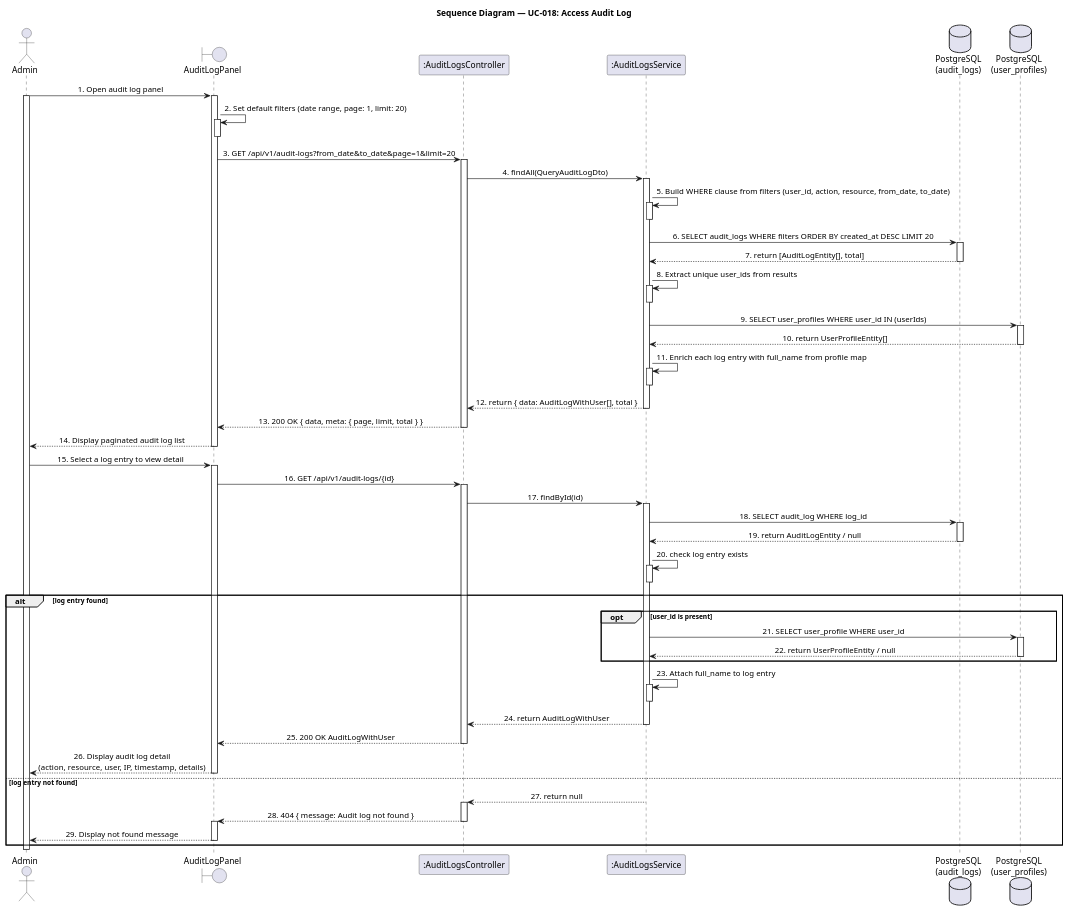
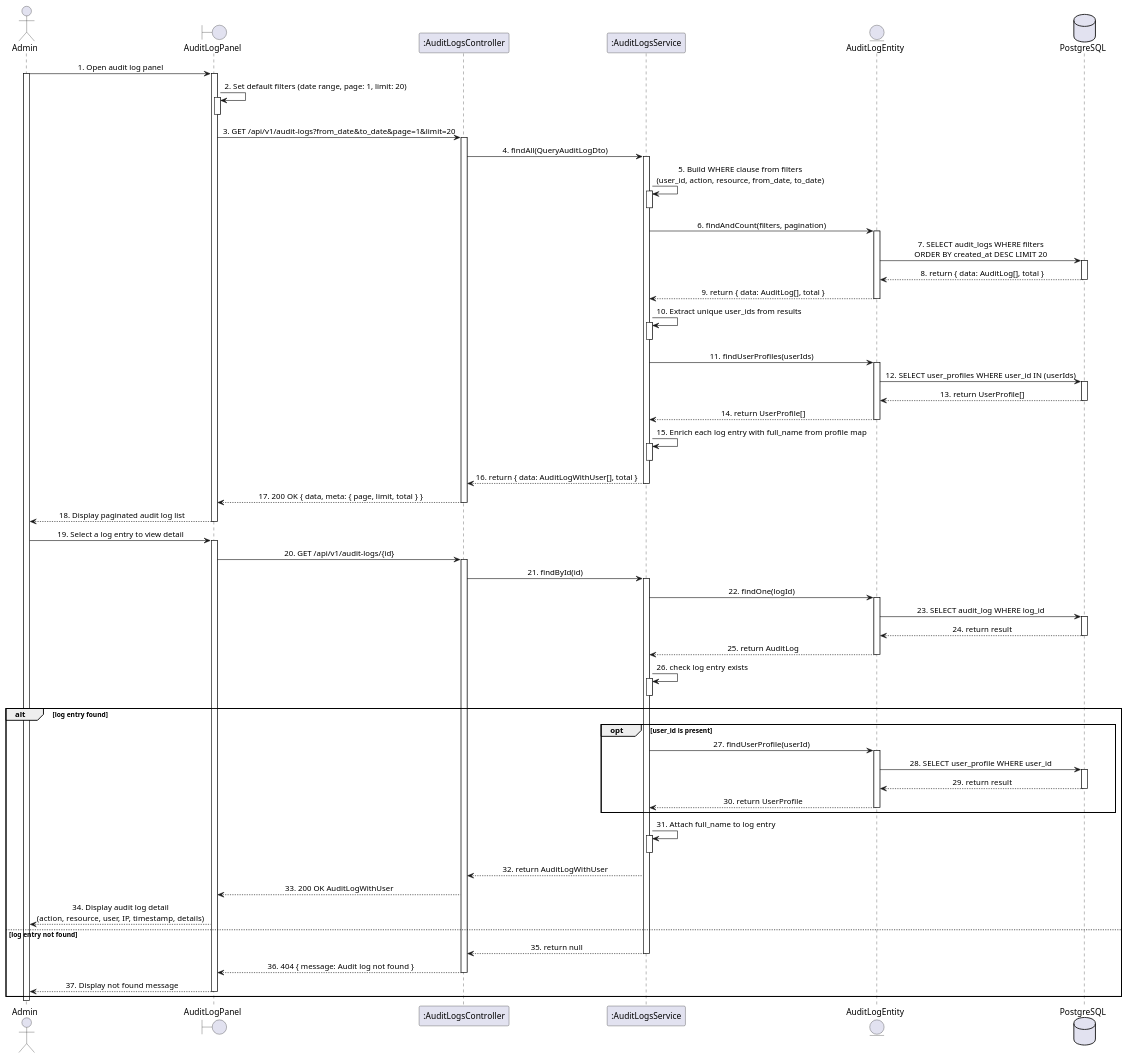
The diagram in docs/sequence-diagram/UC18_AccessAuditLog.puml (LTPPPP/Smart-Medical-Intelligent-Ledger-for-E-health-S.M.I.L.E-), drawn with PlantUML before and after one commit. The commit also changed 114 other files, not shown here.

Commit message:
feat: complete class,sequence

```diff
--- a/docs/sequence-diagram/UC18_AccessAuditLog.puml
+++ b/docs/sequence-diagram/UC18_AccessAuditLog.puml
@@ -1,109 +1,119 @@
 @startuml SequenceDiagram
 skinparam shadowing false
 skinparam sequenceMessageAlign center
-
-title Sequence Diagram — UC-018: Access Audit Log
-
 actor "Admin" as user
 boundary "AuditLogPanel" as form
 participant ":AuditLogsController" as ctrl
 participant ":AuditLogsService" as auditSvc
-database "PostgreSQL\n(audit_logs)" as auditDb
-database "PostgreSQL\n(user_profiles)" as profileDb
+entity "AuditLogEntity" as auditEntity
+database "PostgreSQL" as db
 
 user -> form : 1. Open audit log panel
 activate user
 activate form
 
 form -> form : 2. Set default filters (date range, page: 1, limit: 20)
 activate form
 deactivate form
 
 form -> ctrl : 3. GET /api/v1/audit-logs?from_date&to_date&page=1&limit=20
 activate ctrl
 
 ctrl -> auditSvc : 4. findAll(QueryAuditLogDto)
 activate auditSvc
 
-auditSvc -> auditSvc : 5. Build WHERE clause from filters (user_id, action, resource, from_date, to_date)
+auditSvc -> auditSvc : 5. Build WHERE clause from filters\n(user_id, action, resource, from_date, to_date)
 activate auditSvc
 deactivate auditSvc
 
-auditSvc -> auditDb : 6. SELECT audit_logs WHERE filters ORDER BY created_at DESC LIMIT 20
-activate auditDb
-auditDb --> auditSvc : 7. return [AuditLogEntity[], total]
-deactivate auditDb
+auditSvc -> auditEntity : 6. findAndCount(filters, pagination)
+activate auditEntity
+auditEntity -> db : 7. SELECT audit_logs WHERE filters\nORDER BY created_at DESC LIMIT 20
+activate db
+db --> auditEntity : 8. return { data: AuditLog[], total }
+deactivate db
+auditEntity --> auditSvc : 9. return { data: AuditLog[], total }
+deactivate auditEntity
 
-auditSvc -> auditSvc : 8. Extract unique user_ids from results
+auditSvc -> auditSvc : 10. Extract unique user_ids from results
 activate auditSvc
 deactivate auditSvc
 
-auditSvc -> profileDb : 9. SELECT user_profiles WHERE user_id IN (userIds)
-activate profileDb
-profileDb --> auditSvc : 10. return UserProfileEntity[]
-deactivate profileDb
+auditSvc -> auditEntity : 11. findUserProfiles(userIds)
+activate auditEntity
+auditEntity -> db : 12. SELECT user_profiles WHERE user_id IN (userIds)
+activate db
+db --> auditEntity : 13. return UserProfile[]
+deactivate db
+auditEntity --> auditSvc : 14. return UserProfile[]
+deactivate auditEntity
 
-auditSvc -> auditSvc : 11. Enrich each log entry with full_name from profile map
+auditSvc -> auditSvc : 15. Enrich each log entry with full_name from profile map
 activate auditSvc
 deactivate auditSvc
 
-auditSvc --> ctrl : 12. return { data: AuditLogWithUser[], total }
+auditSvc --> ctrl : 16. return { data: AuditLogWithUser[], total }
 deactivate auditSvc
 
-ctrl --> form : 13. 200 OK { data, meta: { page, limit, total } }
+ctrl --> form : 17. 200 OK { data, meta: { page, limit, total } }
 deactivate ctrl
 
-form --> user : 14. Display paginated audit log list
+form --> user : 18. Display paginated audit log list
 deactivate form
 
-user -> form : 15. Select a log entry to view detail
+user -> form : 19. Select a log entry to view detail
 activate form
 
-form -> ctrl : 16. GET /api/v1/audit-logs/{id}
+form -> ctrl : 20. GET /api/v1/audit-logs/{id}
 activate ctrl
 
-ctrl -> auditSvc : 17. findById(id)
+ctrl -> auditSvc : 21. findById(id)
 activate auditSvc
 
-auditSvc -> auditDb : 18. SELECT audit_log WHERE log_id
-activate auditDb
-auditDb --> auditSvc : 19. return AuditLogEntity / null
-deactivate auditDb
+auditSvc -> auditEntity : 22. findOne(logId)
+activate auditEntity
+auditEntity -> db : 23. SELECT audit_log WHERE log_id
+activate db
+db --> auditEntity : 24. return result
+deactivate db
+auditEntity --> auditSvc : 25. return AuditLog
+deactivate auditEntity
 
-auditSvc -> auditSvc : 20. check log entry exists
+auditSvc -> auditSvc : 26. check log entry exists
 activate auditSvc
 deactivate auditSvc
 alt log entry found
   opt user_id is present
-    auditSvc -> profileDb : 21. SELECT user_profile WHERE user_id
-    activate profileDb
-    profileDb --> auditSvc : 22. return UserProfileEntity / null
-    deactivate profileDb
+    auditSvc -> auditEntity : 27. findUserProfile(userId)
+    activate auditEntity
+    auditEntity -> db : 28. SELECT user_profile WHERE user_id
+    activate db
+    db --> auditEntity : 29. return result
+    deactivate db
+    auditEntity --> auditSvc : 30. return UserProfile
+    deactivate auditEntity
   end
 
-  auditSvc -> auditSvc : 23. Attach full_name to log entry
+  auditSvc -> auditSvc : 31. Attach full_name to log entry
   activate auditSvc
   deactivate auditSvc
 
-  auditSvc --> ctrl : 24. return AuditLogWithUser
+  auditSvc --> ctrl : 32. return AuditLogWithUser
+
+  ctrl --> form : 33. 200 OK AuditLogWithUser
+
+  form --> user : 34. Display audit log detail\n(action, resource, user, IP, timestamp, details)
+else log entry not found
+  auditSvc --> ctrl : 35. return null
   deactivate auditSvc
 
-  ctrl --> form : 25. 200 OK AuditLogWithUser
+  ctrl --> form : 36. 404 { message: Audit log not found }
   deactivate ctrl
 
-  form --> user : 26. Display audit log detail\n(action, resource, user, IP, timestamp, details)
-  deactivate form
-else log entry not found
-  auditSvc --> ctrl : 27. return null
-  deactivate auditSvc
-  activate ctrl
-  ctrl --> form : 28. 404 { message: Audit log not found }
-  deactivate ctrl
-  activate form
-  form --> user : 29. Display not found message
+  form --> user : 37. Display not found message
   deactivate form
 end
 
 deactivate user
 
 @enduml
```
